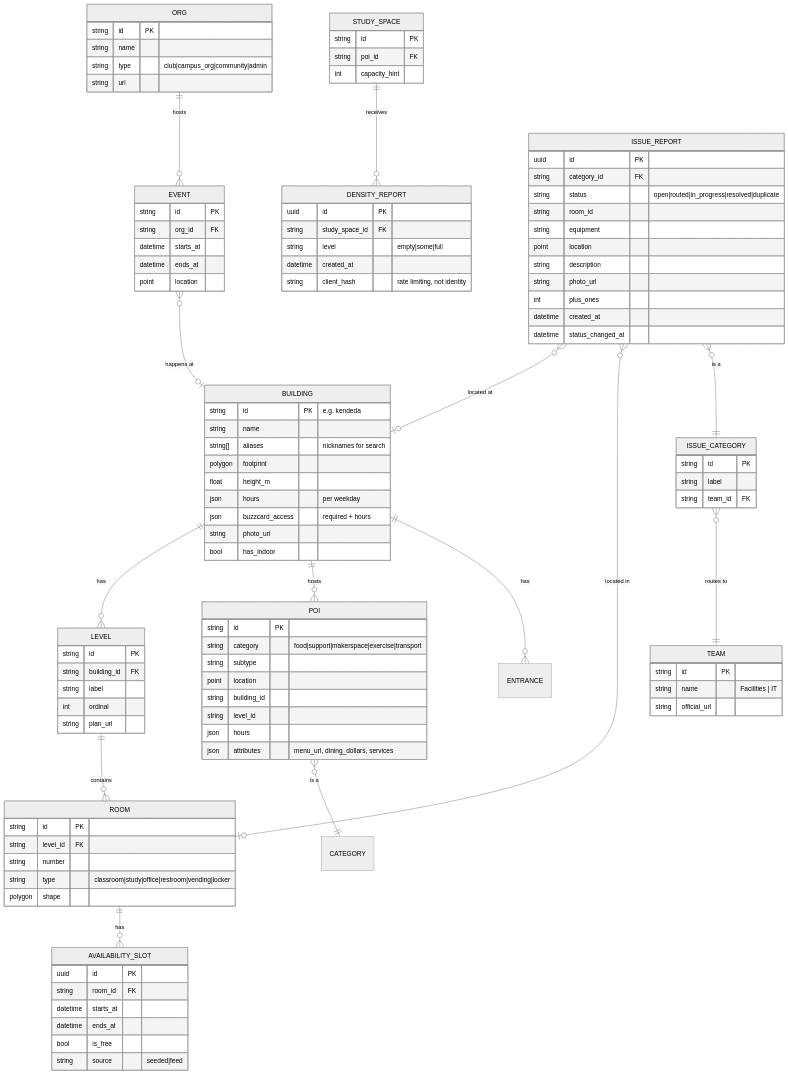
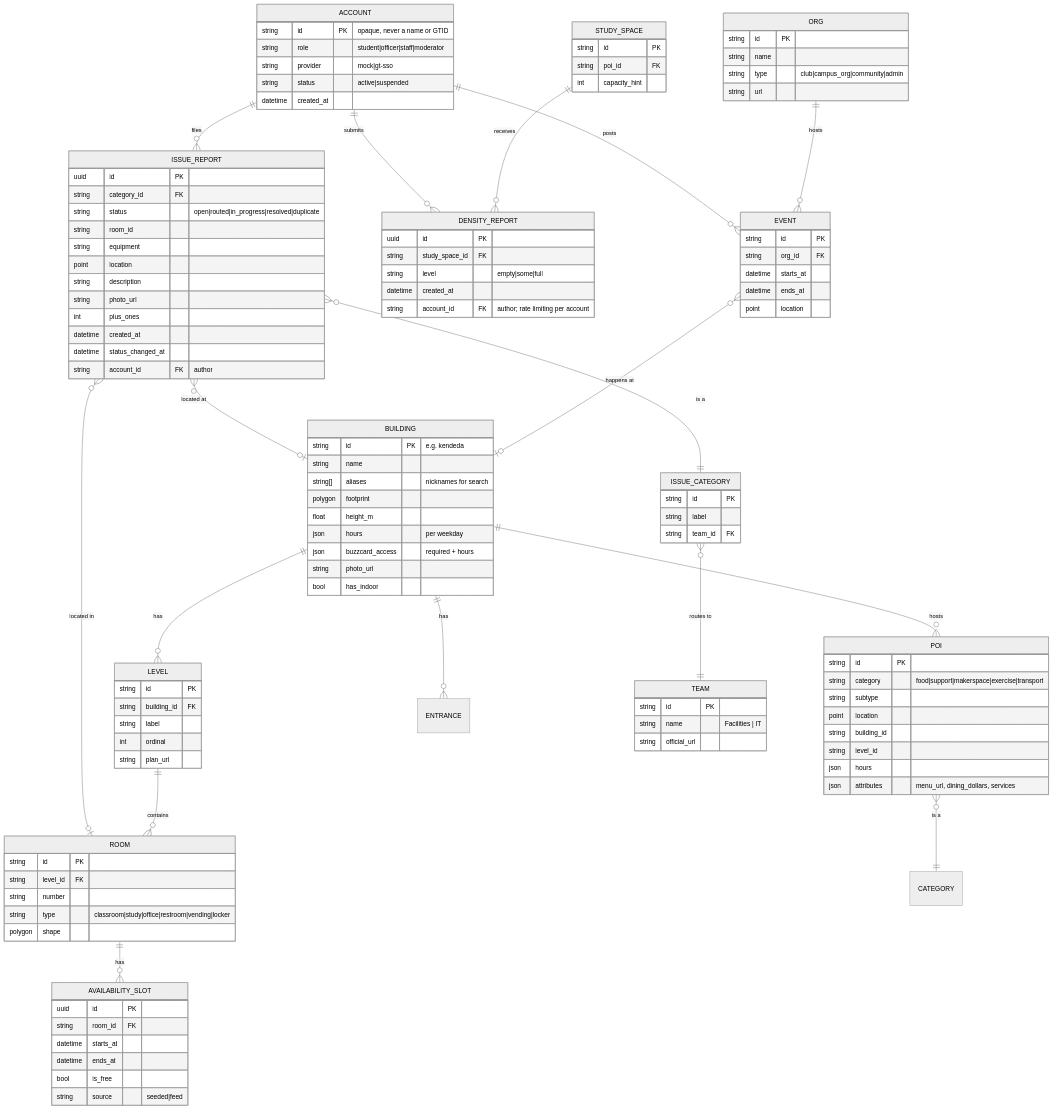
The third of 3 diagrams in docs/04-architecture.md (davidreinagarcia/cims), drawn with Mermaid (neutral theme) before and after one commit. The commit also changed other lines of this file and 11 other files, not shown here.

````diff
--- a/docs/04-architecture.md
+++ b/docs/04-architecture.md
@@ -83,39 +83,43 @@
 ```mermaid
 erDiagram
   BUILDING ||--o{ LEVEL : has
   LEVEL ||--o{ ROOM : contains
   BUILDING ||--o{ POI : hosts
   BUILDING ||--o{ ENTRANCE : has
   POI }o--|| CATEGORY : "is a"
   ORG ||--o{ EVENT : hosts
   EVENT }o--o| BUILDING : "happens at"
   STUDY_SPACE ||--o{ DENSITY_REPORT : receives
   ISSUE_REPORT }o--o| BUILDING : "located at"
   ISSUE_REPORT }o--o| ROOM : "located in"
   ISSUE_REPORT }o--|| ISSUE_CATEGORY : "is a"
   ISSUE_CATEGORY }o--|| TEAM : "routes to"
   ROOM ||--o{ AVAILABILITY_SLOT : "has"
+  ACCOUNT ||--o{ ISSUE_REPORT : files
+  ACCOUNT ||--o{ DENSITY_REPORT : submits
+  ACCOUNT ||--o{ EVENT : posts
 
   BUILDING {
     string id PK "e.g. kendeda"
     string name
     string[] aliases "nicknames for search"
     polygon footprint
     float height_m
     json hours "per weekday"
     json buzzcard_access "required + hours"
     string photo_url
     bool has_indoor
   }
   LEVEL { string id PK  string building_id FK  string label  int ordinal  string plan_url }
   ROOM { string id PK  string level_id FK  string number  string type "classroom|study|office|restroom|vending|locker"  polygon shape }
   POI { string id PK  string category "food|support|makerspace|exercise|transport"  string subtype  point location  string building_id  string level_id  json hours  json attributes "menu_url, dining_dollars, services" }
+  ACCOUNT { string id PK "opaque, never a name or GTID"  string role "student|officer|staff|moderator"  string provider "mock|gt-sso"  string status "active|suspended"  datetime created_at }
   ORG { string id PK  string name  string type "club|campus_org|community|admin"  string url }
   EVENT { string id PK  string org_id FK  datetime starts_at  datetime ends_at  point location }
   STUDY_SPACE { string id PK  string poi_id FK  int capacity_hint }
-  DENSITY_REPORT { uuid id PK  string study_space_id FK  string level "empty|some|full"  datetime created_at  string client_hash "rate limiting, not identity" }
-  ISSUE_REPORT { uuid id PK  string category_id FK  string status "open|routed|in_progress|resolved|duplicate"  string room_id  string equipment  point location  string description  string photo_url  int plus_ones  datetime created_at  datetime status_changed_at }
+  DENSITY_REPORT { uuid id PK  string study_space_id FK  string level "empty|some|full"  datetime created_at  string account_id FK "author; rate limiting per account" }
+  ISSUE_REPORT { uuid id PK  string category_id FK  string status "open|routed|in_progress|resolved|duplicate"  string room_id  string equipment  point location  string description  string photo_url  int plus_ones  datetime created_at  datetime status_changed_at  string account_id FK "author" }
   ISSUE_CATEGORY { string id PK  string label  string team_id FK }
   TEAM { string id PK  string name "Facilities | IT"  string official_url }
   AVAILABILITY_SLOT { uuid id PK  string room_id FK  datetime starts_at  datetime ends_at  bool is_free  string source "seeded|feed" }
 ```
````
